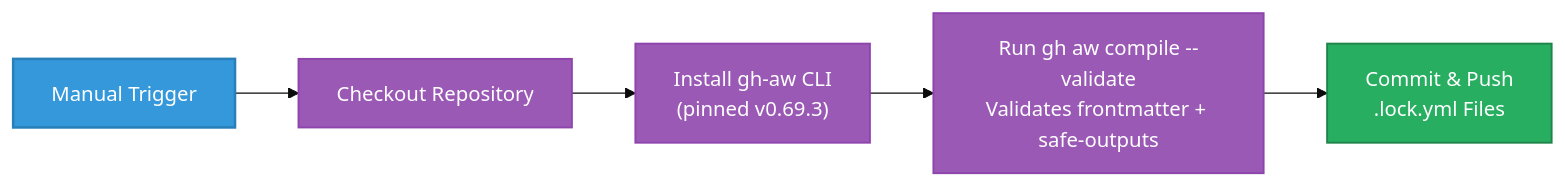
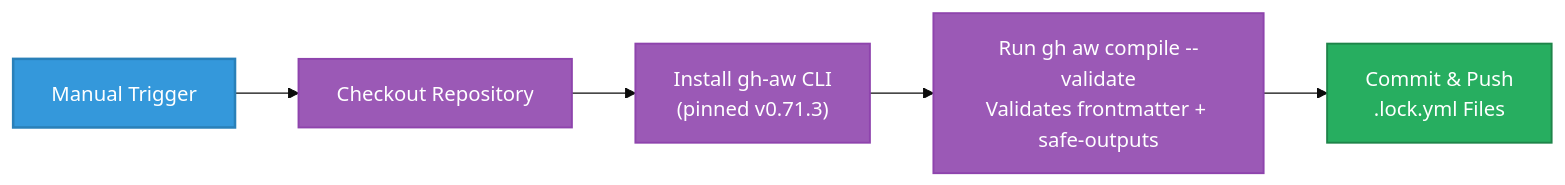
The ninth of 22 diagrams in WORKFLOWS.md (Hack23/euparliamentmonitor), drawn with Mermaid (base theme) before and after one commit. The commit also changed other lines of this file and 13 other files, not shown here.

````diff
--- a/WORKFLOWS.md
+++ b/WORKFLOWS.md
@@ -1120,15 +1126,15 @@
 ```mermaid
 graph LR
     A[Manual Trigger] --> B[Checkout Repository]
-    B --> C["Install gh-aw CLI<br/>(pinned v0.69.3)"]
+    B --> C["Install gh-aw CLI<br/>(pinned v0.71.3)"]
     C --> D["Run gh aw compile --validate<br/>Validates frontmatter + safe-outputs"]
     D --> E["Commit & Push<br/>.lock.yml Files"]
 
     classDef trigger fill:#3498db,stroke:#2980b9,stroke-width:2px,color:white
     classDef process fill:#9b59b6,stroke:#8e44ad,stroke-width:1.5px,color:white
     classDef output fill:#27ae60,stroke:#1e8449,stroke-width:1.5px,color:white
 
     class A trigger
     class B,C,D process
     class E output
 ```
````
